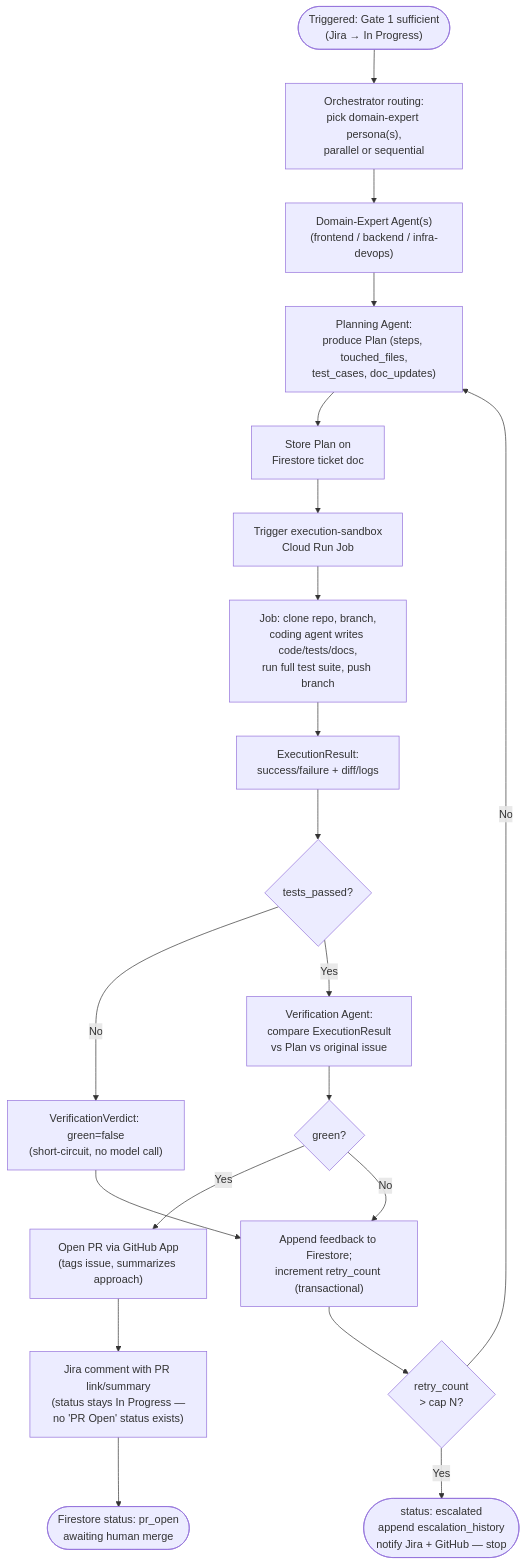
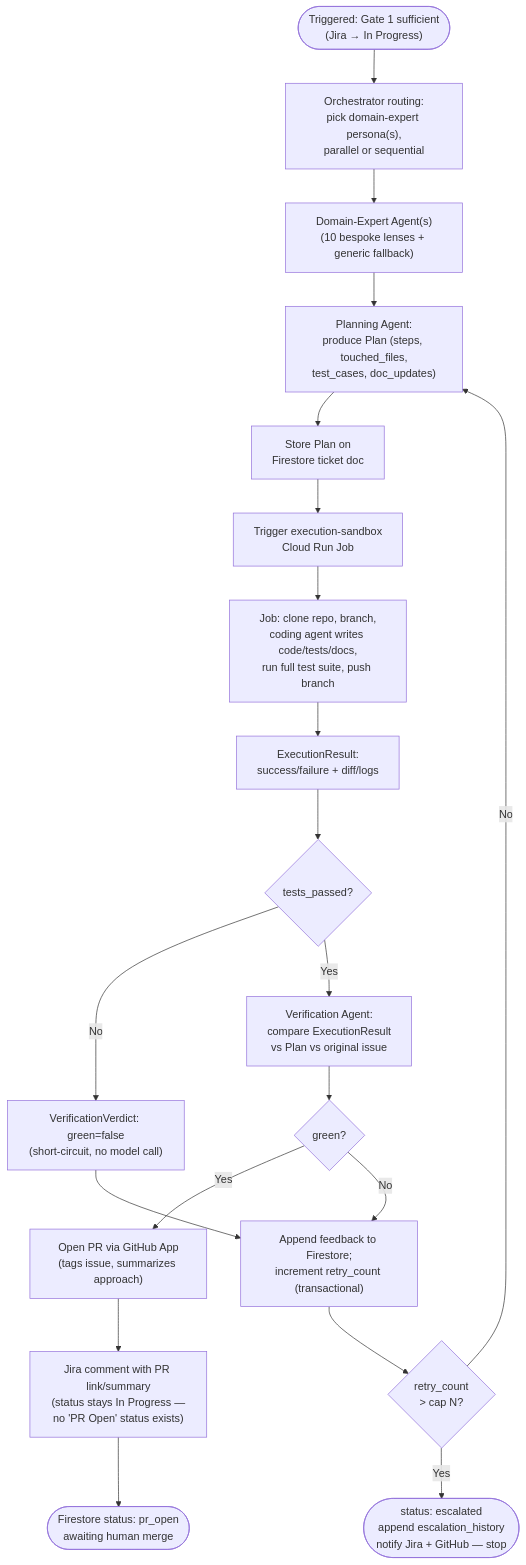
One commit to 403errors/artisan changed the second of 4 diagrams in docs/SYSTEM_DESIGN.md. Above: the diagram before and after it, drawn with Mermaid. The commit also changed other lines of this file and 21 other files, not shown here.

First line of the commit message:
feat: Enhance domain-expert agents with richer lenses and routing auditability

````diff
--- a/docs/SYSTEM_DESIGN.md
+++ b/docs/SYSTEM_DESIGN.md
@@ -115,22 +115,22 @@
 ```mermaid
 flowchart TD
     A(["Triggered: Gate 1 sufficient\n(Jira → In Progress)"]) --> B["Orchestrator routing:\npick domain-expert persona(s),\nparallel or sequential"]
-    B --> C["Domain-Expert Agent(s)\n(frontend / backend / infra-devops)"]
+    B --> C["Domain-Expert Agent(s)\n(10 bespoke lenses + generic fallback)"]
     C --> D["Planning Agent:\nproduce Plan (steps, touched_files,\ntest_cases, doc_updates)"]
     D --> E["Store Plan on\nFirestore ticket doc"]
     E --> F["Trigger execution-sandbox\nCloud Run Job"]
     F --> G["Job: clone repo, branch,\ncoding agent writes code/tests/docs,\nrun full test suite, push branch"]
     G --> H["ExecutionResult:\nsuccess/failure + diff/logs"]
     H --> I{"tests_passed?"}
     I -- No --> M["VerificationVerdict: green=false\n(short-circuit, no model call)"]
     I -- Yes --> J["Verification Agent:\ncompare ExecutionResult\nvs Plan vs original issue"]
     J --> K{"green?"}
     K -- Yes --> P["Open PR via GitHub App\n(tags issue, summarizes approach)"]
     P --> Q["Jira comment with PR link/summary\n(status stays In Progress —\nno 'PR Open' status exists)"]
     Q --> R(["Firestore status: pr_open\nawaiting human merge"])
     K -- No --> N
     M --> N["Append feedback to Firestore;\nincrement retry_count (transactional)"]
     N --> O{"retry_count\n> cap N?"}
     O -- Yes --> T(["status: escalated\nappend escalation_history\nnotify Jira + GitHub — stop"])
     O -- No --> D
 ```
````
